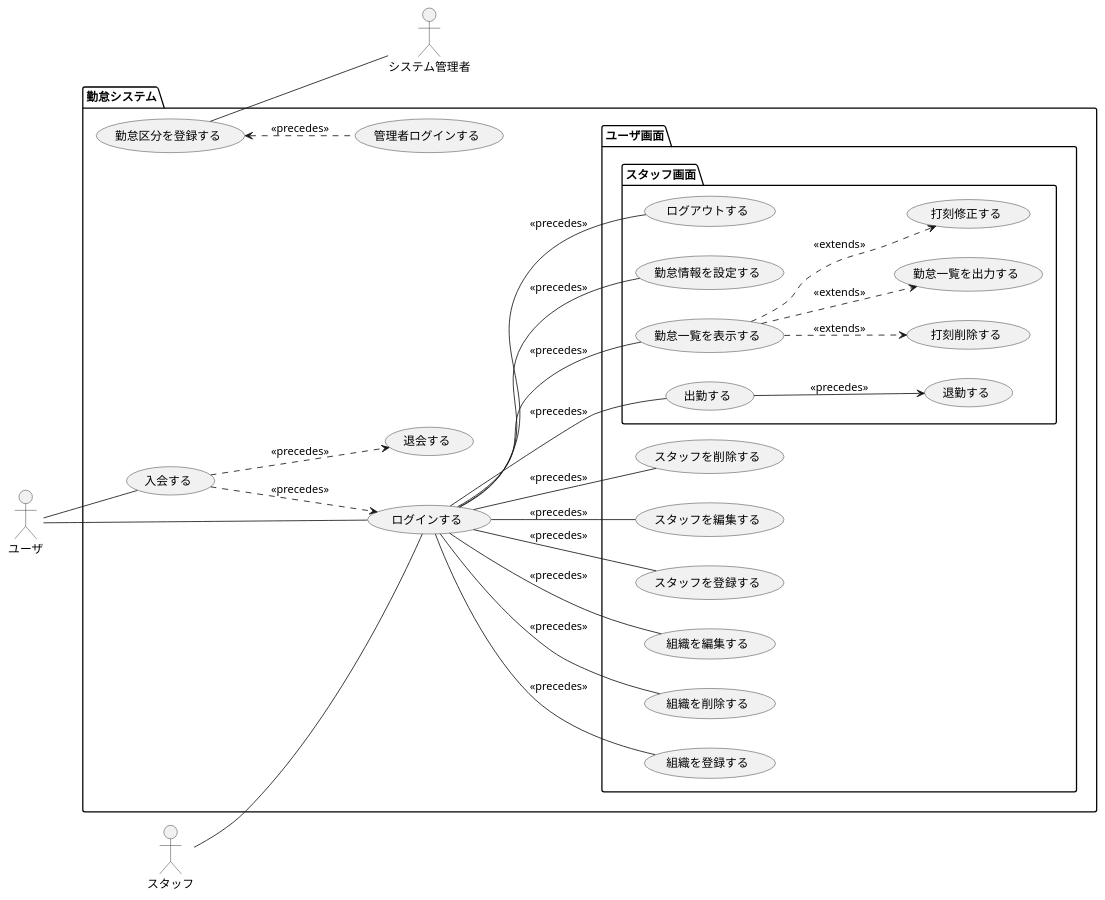
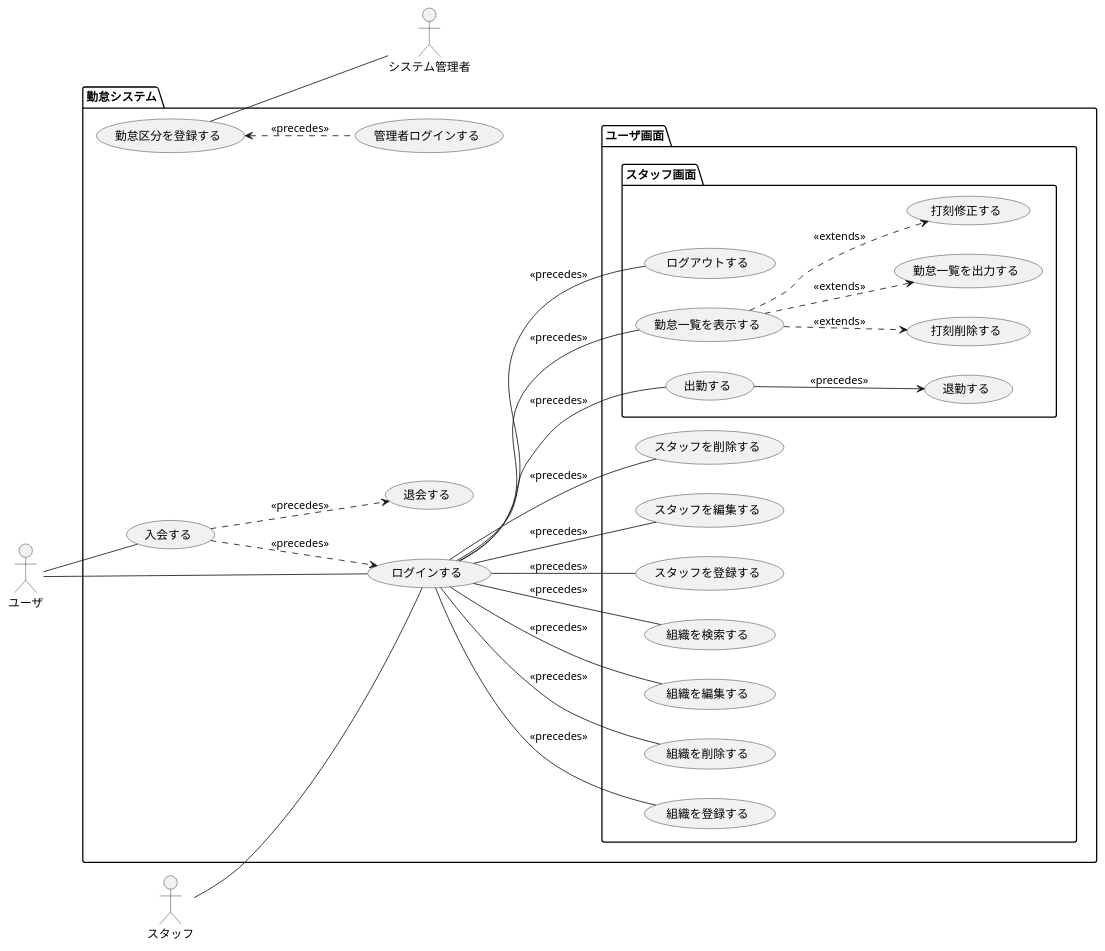
One commit to Nke0628/work-app changed the diagram in uml/基本設計/ユースケース図.puml. Above: the diagram before and after it, drawn with PlantUML. The commit also changed 22 other files, not shown here.

```diff
--- a/uml/基本設計/ユースケース図.puml
+++ b/uml/基本設計/ユースケース図.puml
@@ -1,40 +1,40 @@
 @startuml
 left to right direction
 
 actor :ユーザ: as user
 actor :スタッフ: as staff
 actor :システム管理者: as system
 
 package "勤怠システム"{
 
     (入会する) as singUp
 
     (singUp)-.>(退会する):<<precedes>>
     (singUp)-.>(ログインする):<<precedes>>
     (勤怠区分を登録する)<.-(管理者ログインする):<<precedes>>
     user--(singUp)
     user--(ログインする)
     staff--(ログインする)
     (勤怠区分を登録する)--system
 
     package "ユーザ画面"{
         (ログインする)--(組織を登録する):<<precedes>>
         (ログインする)--(組織を削除する):<<precedes>>
         (ログインする)--(組織を編集する):<<precedes>>
+        (ログインする)--(組織を検索する):<<precedes>>
         (ログインする)--(スタッフを登録する):<<precedes>>
         (ログインする)--(スタッフを編集する):<<precedes>>
         (ログインする)--(スタッフを削除する):<<precedes>>
 
         package "スタッフ画面"{
             (出勤する)-->(退勤する):<<precedes>>
             (勤怠一覧を表示する)-.>(打刻修正する):<<extends>>
             (勤怠一覧を表示する)-.>(打刻削除する):<<extends>>
             (勤怠一覧を表示する)-.>(勤怠一覧を出力する):<<extends>>
             (ログインする)--(出勤する):<<precedes>>
             (ログインする)--(勤怠一覧を表示する):<<precedes>>
-            (ログインする)--(勤怠情報を設定する):<<precedes>>
             (ログインする)--(ログアウトする):<<precedes>>
         }
     }
 }
 @enduml
```
